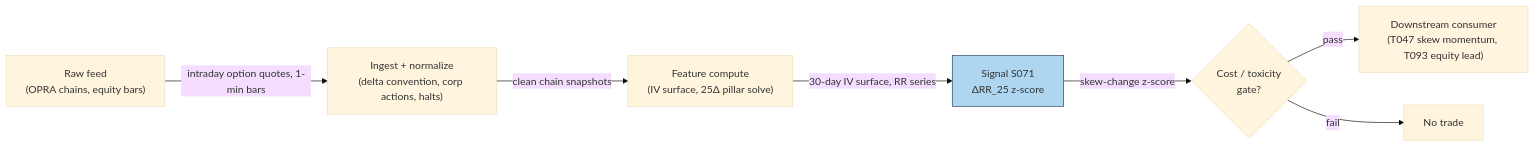
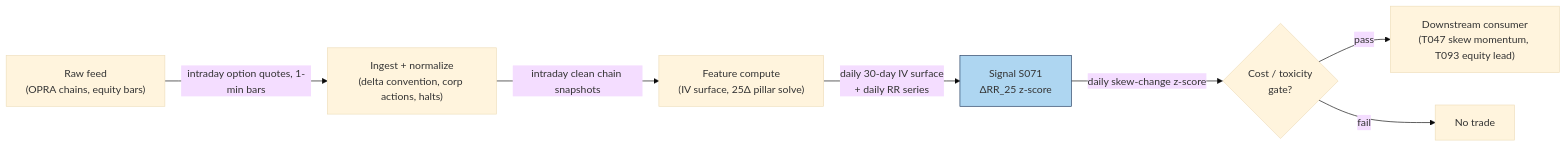
Before and after one commit to praveenguptahcl/quant-signals-deep: the diagram in batches/SB8/S071.md, drawn with Mermaid (base theme). The commit also changed other lines of this file and 49 other files, not shown here.

````diff
--- a/batches/SB8/S071.md
+++ b/batches/SB8/S071.md
@@ -157,10 +157,10 @@
 ```mermaid
 flowchart LR
     FEED["Raw feed\n(OPRA chains, equity bars)"] -->|intraday option quotes, 1-min bars| ING["Ingest + normalize\n(delta convention, corp actions, halts)"]
-    ING -->|clean chain snapshots| FEAT["Feature compute\n(IV surface, 25Δ pillar solve)"]
-    FEAT -->|30-day IV surface, RR series| SIG["Signal S071\nΔRR_25 z-score"]
-    SIG -->|skew-change z-score| GATE{"Cost / toxicity\ngate?"}
+    ING -->|"intraday clean chain snapshots"| FEAT["Feature compute\n(IV surface, 25Δ pillar solve)"]
+    FEAT -->|"daily 30-day IV surface\n+ daily RR series"| SIG["Signal S071\nΔRR_25 z-score"]
+    SIG -->|"daily skew-change z-score"| GATE{"Cost / toxicity\ngate?"}
     GATE -->|pass| OUT["Downstream consumer\n(T047 skew momentum, T093 equity lead)"]
     GATE -->|fail| DROP["No trade"]
     style SIG fill:#aed6f1,stroke:#1f3a5f
 ```
````
